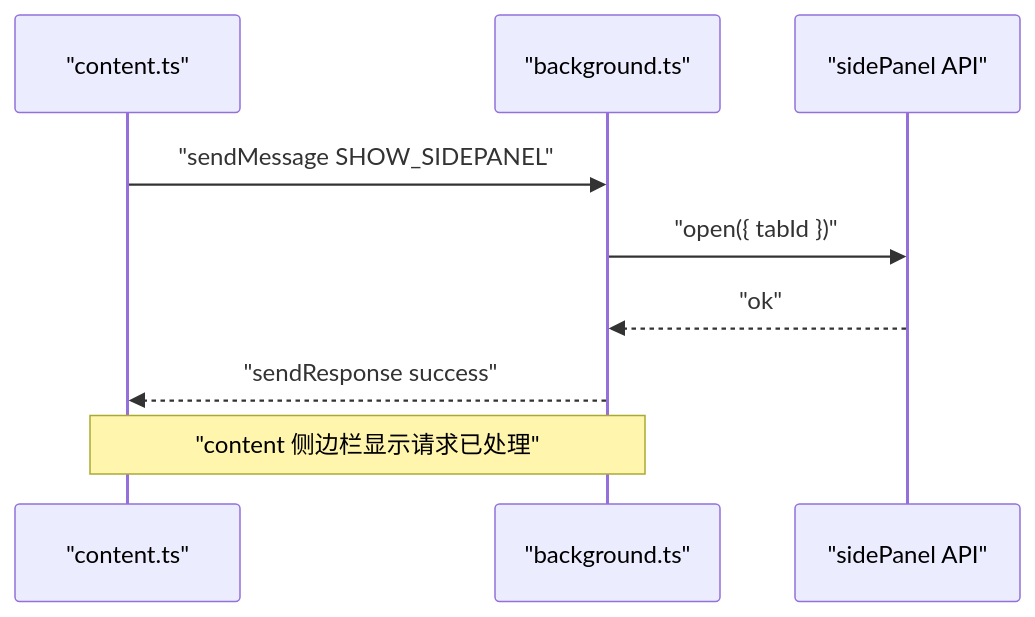
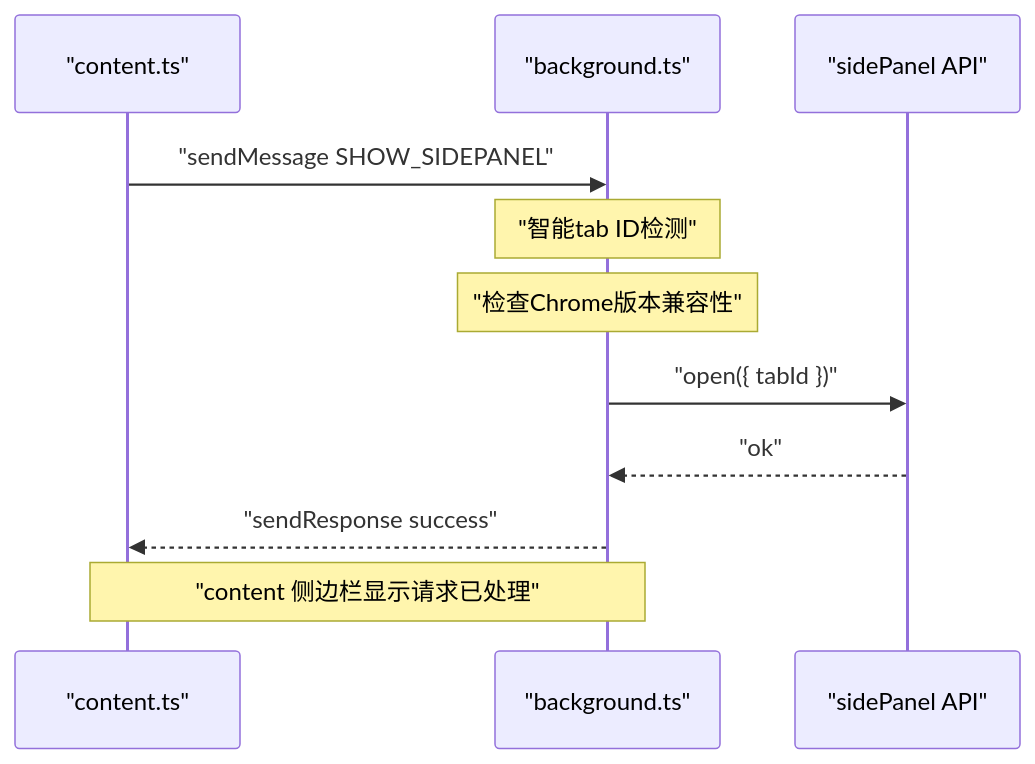
The third of 7 diagrams in .qoder/repowiki/zh/content/架构设计/扩展入口点架构.md (liaolongdong/account-password-helper), drawn with Mermaid before and after one commit. The commit also changed other lines of this file and 23 other files, not shown here.

````diff
--- a/.qoder/repowiki/zh/content/架构设计/扩展入口点架构.md
+++ b/.qoder/repowiki/zh/content/架构设计/扩展入口点架构.md
@@ -159,11 +173,13 @@
 ```mermaid
 sequenceDiagram
 participant C as "content.ts"
 participant B as "background.ts"
 participant S as "sidePanel API"
 C->>B : "sendMessage SHOW_SIDEPANEL"
+Note over B : "智能tab ID检测"
+Note over B : "检查Chrome版本兼容性"
 B->>S : "open({ tabId })"
 S-->>B : "ok"
 B-->>C : "sendResponse success"
 Note over C,B : "content 侧边栏显示请求已处理"
 ```
````
